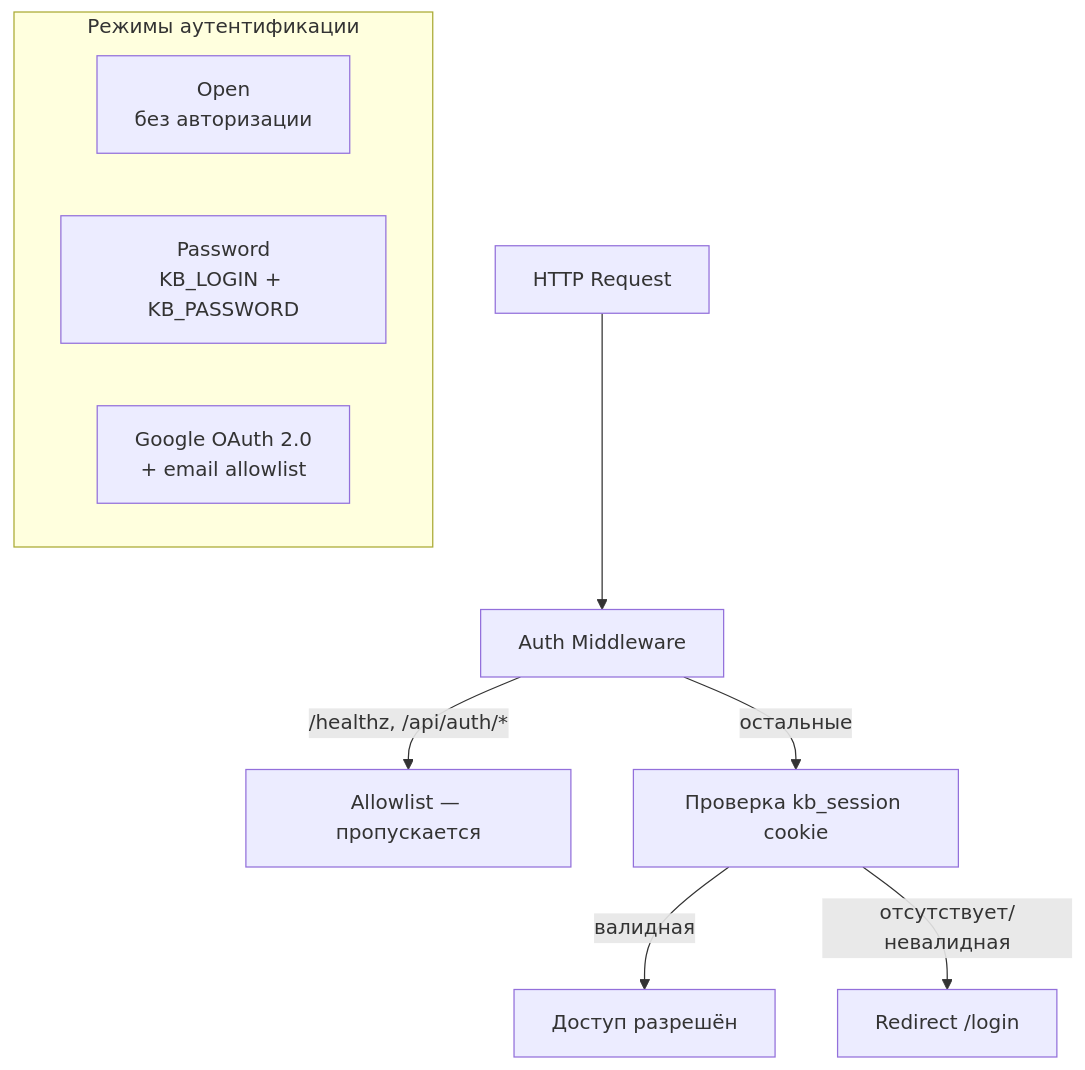
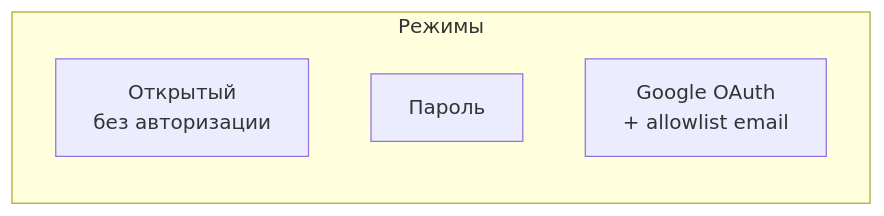
Before and after one commit to strider2038/knowledge-db: diagram 12 of 13 in docs/presentations/knowledge-db-overview.md, drawn with Mermaid. The commit also changed other lines of this file, not shown here.

Commit message:
docs: simplify diagrams to focus on conceptual decisions

````diff
--- a/docs/presentations/knowledge-db-overview.md
+++ b/docs/presentations/knowledge-db-overview.md
@@ -502,14 +258,8 @@
 ```mermaid
-flowchart TD
-    REQ[HTTP Request] --> MW[Auth Middleware]
-    MW --> |/healthz, /api/auth/*| ALLOW[Allowlist — пропускается]
-    MW --> |остальные| COOKIE[Проверка kb_session cookie]
-    COOKIE --> |валидная| PASS[Доступ разрешён]
-    COOKIE --> |отсутствует/невалидная| REDIR[Redirect /login]
-    
-    subgraph Режимы аутентификации
-        MODE_OFF[Open<br/>без авторизации]
-        MODE_PWD[Password<br/>KB_LOGIN + KB_PASSWORD]
-        MODE_OAUTH[Google OAuth 2.0<br/>+ email allowlist]
+flowchart LR
+    subgraph Режимы
+        OFF[Открытый<br/>без авторизации]
+        PWD[Пароль]
+        OAUTH[Google OAuth<br/>+ allowlist email]
     end
 ```
````
